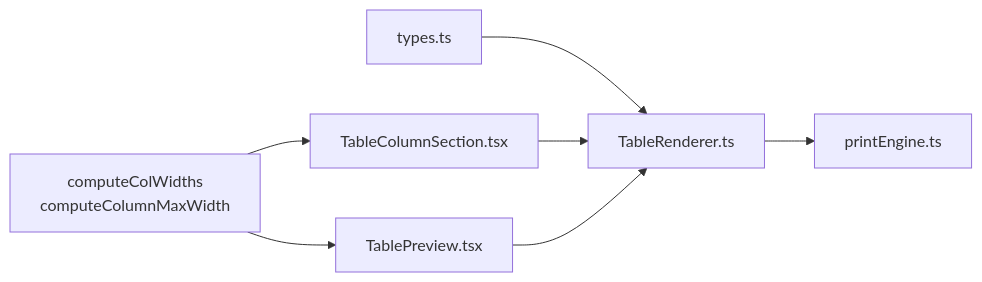
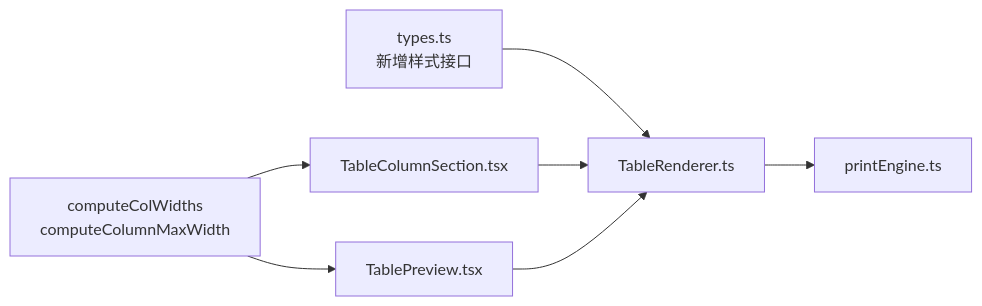
One commit to joker-yjc/printer changed the fifth of 5 diagrams in .qoder/repowiki/zh/content/项目概述/核心特性/组件库系统/表格组件.md. Above: the diagram before and after it, drawn with Mermaid. The commit also changed other lines of this file and 128 other files, not shown here.

````diff
--- a/.qoder/repowiki/zh/content/项目概述/核心特性/组件库系统/表格组件.md
+++ b/.qoder/repowiki/zh/content/项目概述/核心特性/组件库系统/表格组件.md
@@ -244,9 +269,9 @@
 ```mermaid
 graph LR
-Types["types.ts"] --> Renderer["TableRenderer.ts"]
+Types["types.ts<br/>新增样式接口"] --> Renderer["TableRenderer.ts"]
 Utils["computeColWidths<br/>computeColumnMaxWidth"] --> Preview["TablePreview.tsx"]
 Utils --> ColumnSection["TableColumnSection.tsx"]
 Renderer --> Engine["printEngine.ts"]
 ColumnSection --> Renderer
 Preview --> Renderer
 ```
````
